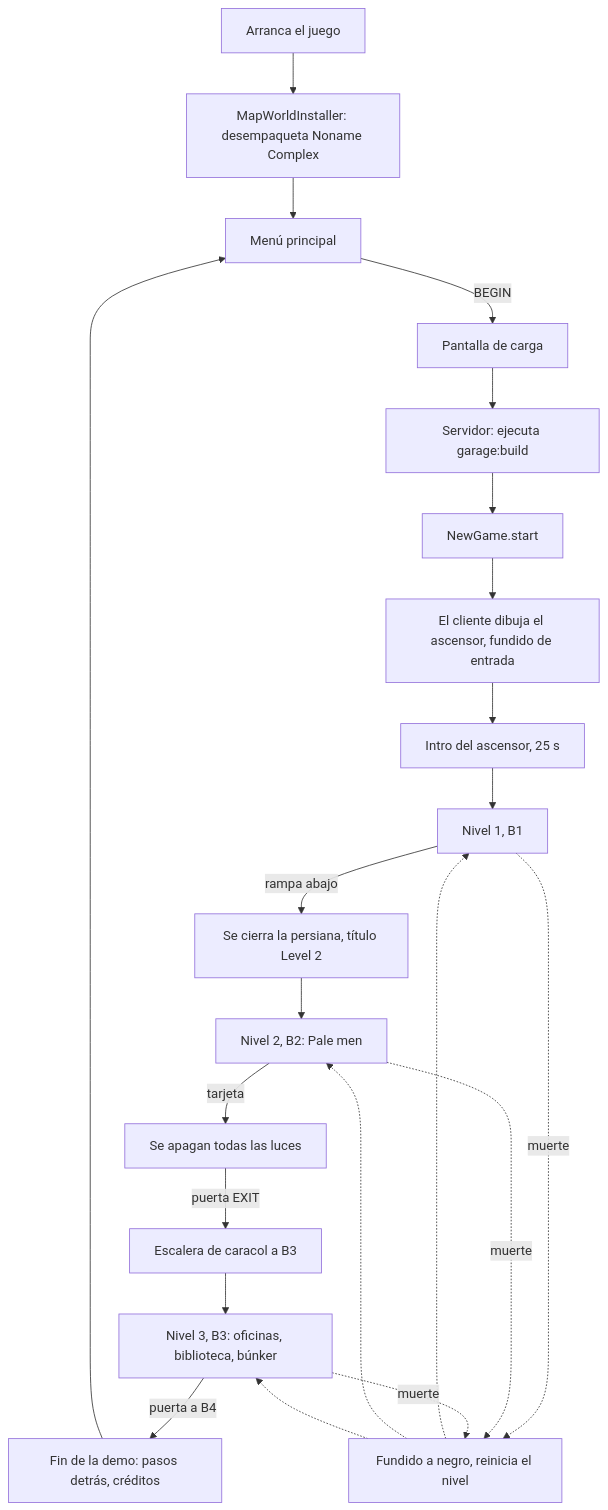
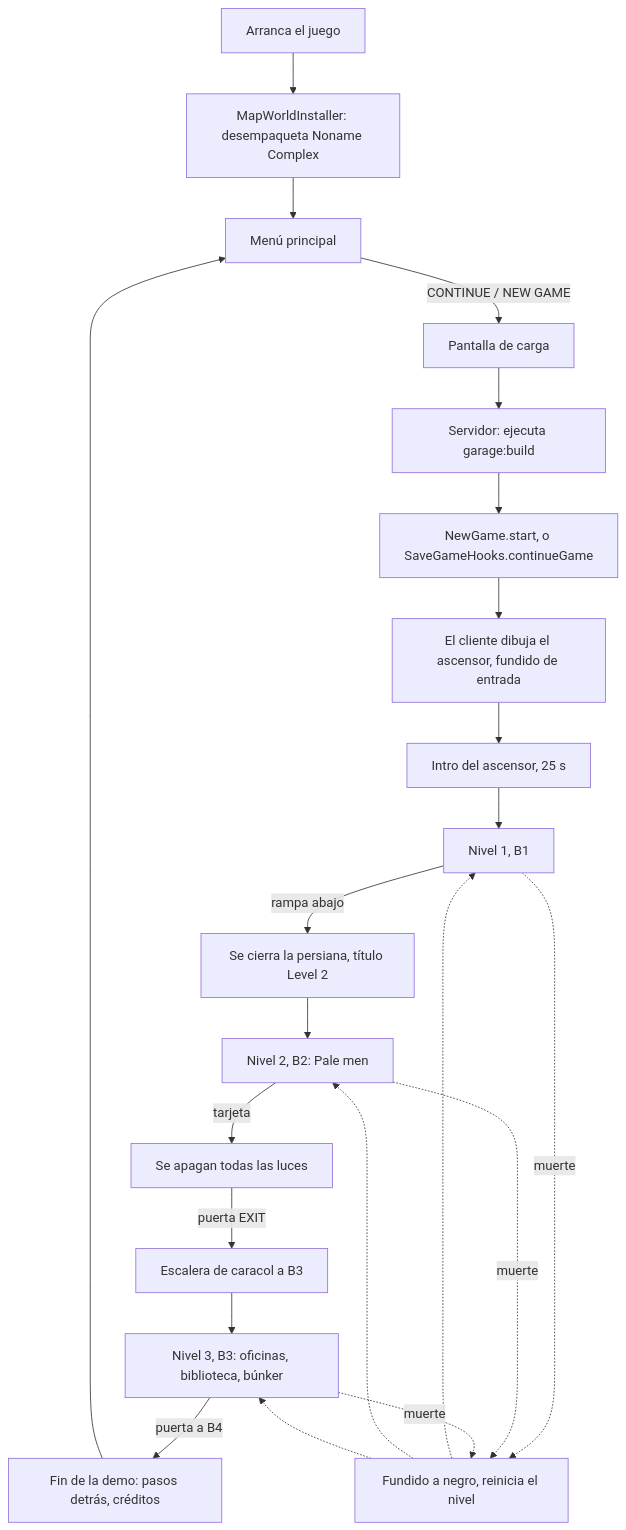
Before and after one commit to Daio7771/EveryTunnelMod: the diagram in docs/es/game-flow.md, drawn with Mermaid. The commit also changed other lines of this file and 28 other files, not shown here.

First line of the commit message:
Phase 8: the game is saved, CONTINUE and NEW GAME in the main menu

````diff
--- a/docs/es/game-flow.md
+++ b/docs/es/game-flow.md
@@ -8,24 +8,24 @@
 ```mermaid
 flowchart TD
     A[Arranca el juego] --> B[MapWorldInstaller: desempaqueta Noname Complex]
     B --> C[Menú principal]
-    C -->|BEGIN| D[Pantalla de carga]
+    C -->|CONTINUE / NEW GAME| D[Pantalla de carga]
     D --> E[Servidor: ejecuta garage:build]
-    E --> F[NewGame.start]
+    E --> F[NewGame.start, o SaveGameHooks.continueGame]
     F --> G[El cliente dibuja el ascensor, fundido de entrada]
     G --> H[Intro del ascensor, 25 s]
     H --> I[Nivel 1, B1]
     I -->|rampa abajo| J[Se cierra la persiana, título Level 2]
     J --> K[Nivel 2, B2: Pale men]
     K -->|tarjeta| L[Se apagan todas las luces]
     L -->|puerta EXIT| M[Escalera de caracol a B3]
     M --> P[Nivel 3, B3: oficinas, biblioteca, búnker]
     P -->|puerta a B4| N[Fin de la demo: pasos detrás, créditos]
     N --> C
     I -.->|muerte| O[Fundido a negro, reinicia el nivel]
     K -.->|muerte| O
     P -.->|muerte| O
     O -.-> I
     O -.-> K
     O -.-> P
 ```
````
